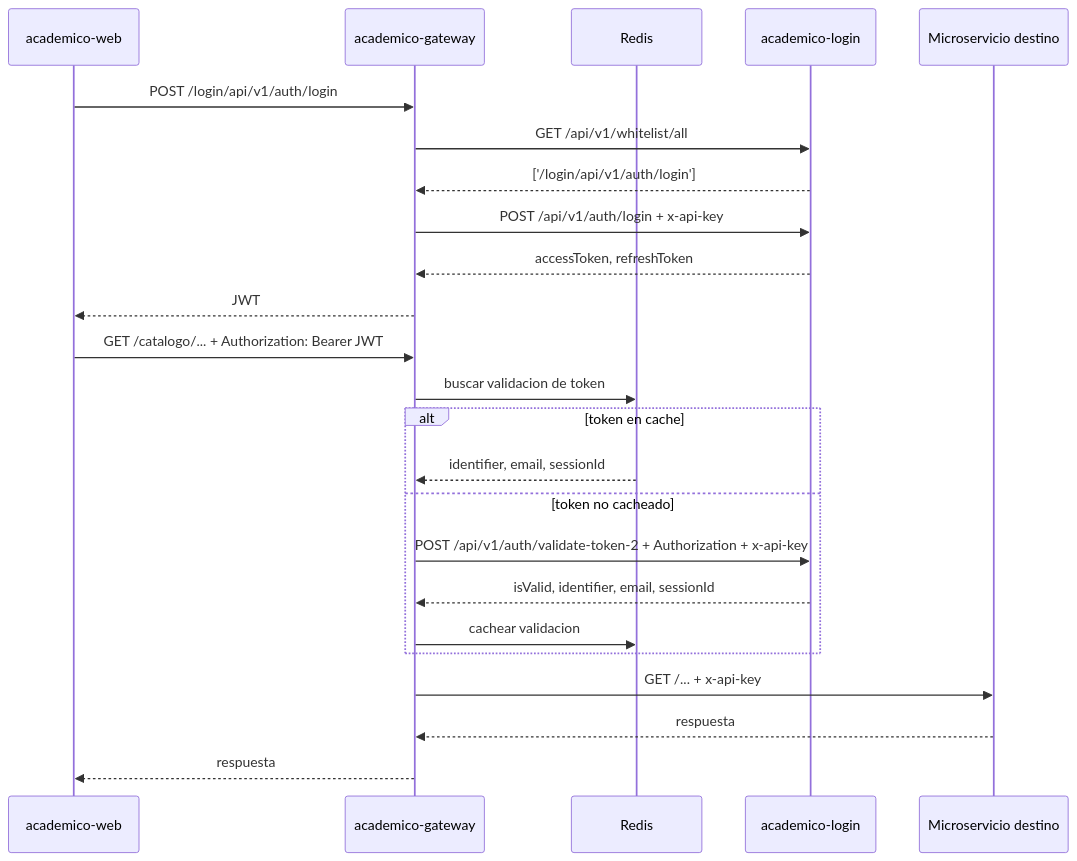
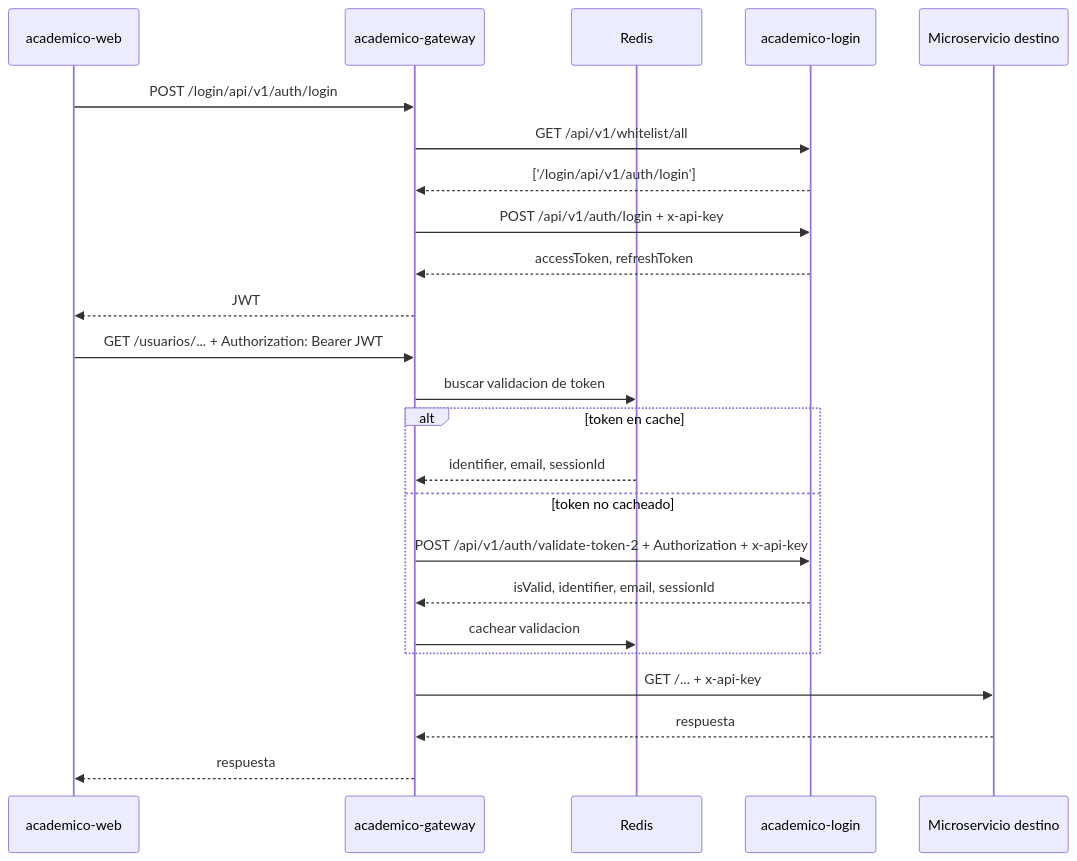
Before and after one commit to academic-mgmt-org/academico-gateway: the diagram in docs/architecture/gateway-auth-routing.md, drawn with Mermaid. The commit also changed other lines of this file and 10 other files, not shown here.

Commit message:
refactor: remove catalogo service and associated gRPC dependencies from gateway

````diff
--- a/docs/architecture/gateway-auth-routing.md
+++ b/docs/architecture/gateway-auth-routing.md
@@ -20,28 +20,28 @@
 ```mermaid
 sequenceDiagram
     participant Web as academico-web
     participant Gateway as academico-gateway
     participant Redis as Redis
     participant Login as academico-login
     participant Servicio as Microservicio destino
 
     Web->>Gateway: POST /login/api/v1/auth/login
     Gateway->>Login: GET /api/v1/whitelist/all
     Login-->>Gateway: ['/login/api/v1/auth/login']
     Gateway->>Login: POST /api/v1/auth/login + x-api-key
     Login-->>Gateway: accessToken, refreshToken
     Gateway-->>Web: JWT
 
-    Web->>Gateway: GET /catalogo/... + Authorization: Bearer JWT
+    Web->>Gateway: GET /usuarios/... + Authorization: Bearer JWT
     Gateway->>Redis: buscar validacion de token
     alt token en cache
         Redis-->>Gateway: identifier, email, sessionId
     else token no cacheado
         Gateway->>Login: POST /api/v1/auth/validate-token-2 + Authorization + x-api-key
         Login-->>Gateway: isValid, identifier, email, sessionId
         Gateway->>Redis: cachear validacion
     end
     Gateway->>Servicio: GET /... + x-api-key
     Servicio-->>Gateway: respuesta
     Gateway-->>Web: respuesta
 ```
````
